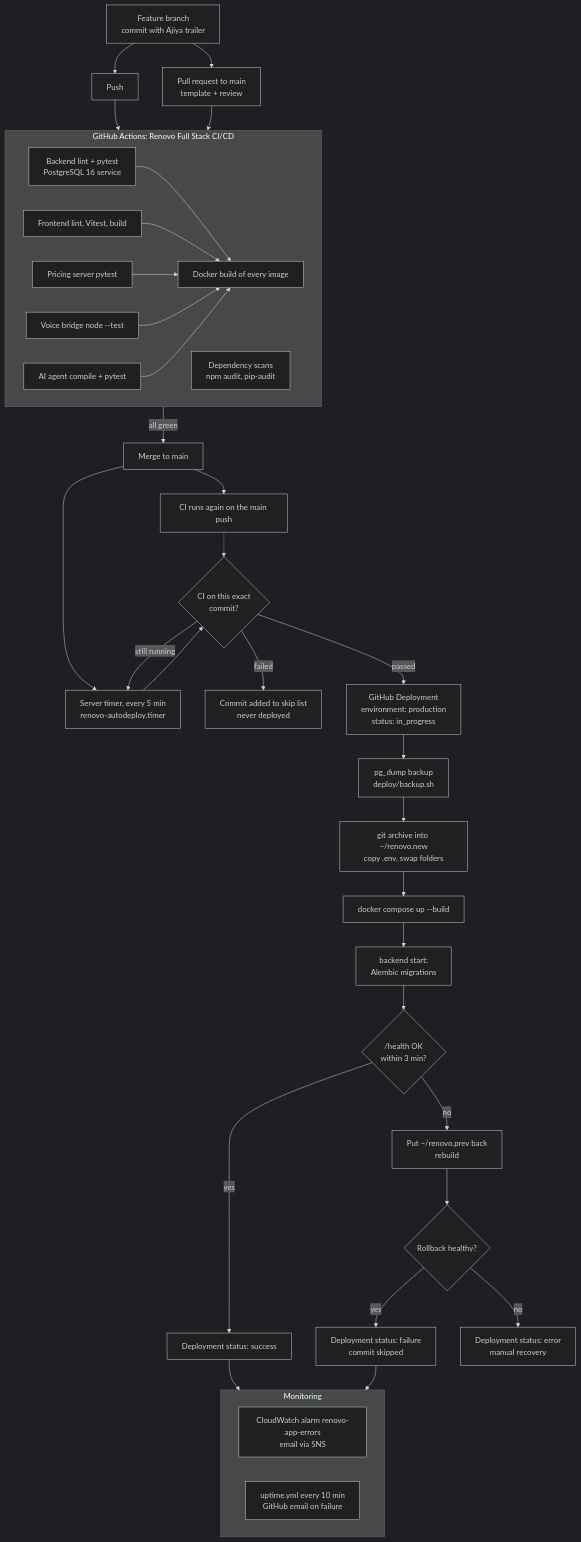
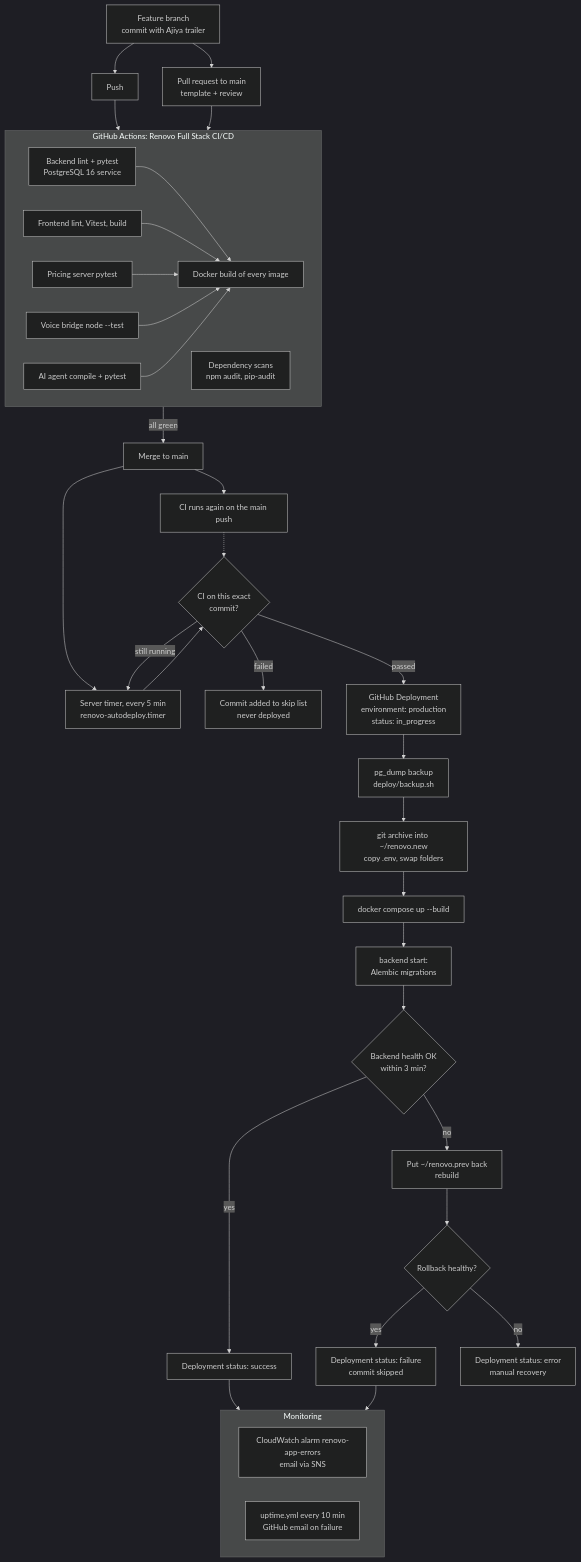
Before and after one commit to YandaTech/INSY7315-Renovo: the diagram in docs/deployment-lifecycle.md, drawn with Mermaid (dark theme).

Commit message:
Avoid a leading slash in a mermaid decision label
Ajiya: RN-0032

````diff
--- a/docs/deployment-lifecycle.md
+++ b/docs/deployment-lifecycle.md
@@ -27,43 +27,43 @@
 ```mermaid
 flowchart TD
   A[Feature branch<br/>commit with Ajiya trailer] --> B[Push]
   B --> CI
   A --> PR[Pull request to main<br/>template + review]
   PR --> CI
 
   subgraph CI[GitHub Actions: Renovo Full Stack CI/CD]
     direction LR
     J1[Backend lint + pytest<br/>PostgreSQL 16 service]
     J2[Frontend lint, Vitest, build]
     J3[Pricing server pytest]
     J4[Voice bridge node --test]
     J5[AI agent compile + pytest]
     J7[Dependency scans<br/>npm audit, pip-audit]
     J1 & J2 & J3 & J4 & J5 --> J6[Docker build of every image]
   end
 
   CI -->|all green| M[Merge to main]
   M --> CI2[CI runs again on the main push]
   M --> T[Server timer, every 5 min<br/>renovo-autodeploy.timer]
   T --> G{CI on this exact<br/>commit?}
   CI2 -.-> G
   G -->|still running| T
   G -->|failed| S[Commit added to skip list<br/>never deployed]
   G -->|passed| D[GitHub Deployment<br/>environment: production<br/>status: in_progress]
   D --> BK[pg_dump backup<br/>deploy/backup.sh]
   BK --> F[git archive into ~/renovo.new<br/>copy .env, swap folders]
   F --> U[docker compose up --build]
   U --> MG[backend start:<br/>Alembic migrations]
-  MG --> H{/health OK<br/>within 3 min?}
+  MG --> H{Backend health OK<br/>within 3 min?}
   H -->|yes| OK[Deployment status: success]
   H -->|no| RB[Put ~/renovo.prev back<br/>rebuild]
   RB --> RBH{Rollback healthy?}
   RBH -->|yes| FL[Deployment status: failure<br/>commit skipped]
   RBH -->|no| ER[Deployment status: error<br/>manual recovery]
   OK --> MON
   FL --> MON
   subgraph MON[Monitoring]
     CW[CloudWatch alarm renovo-app-errors<br/>email via SNS]
     UP[uptime.yml every 10 min<br/>GitHub email on failure]
   end
 ```
````
